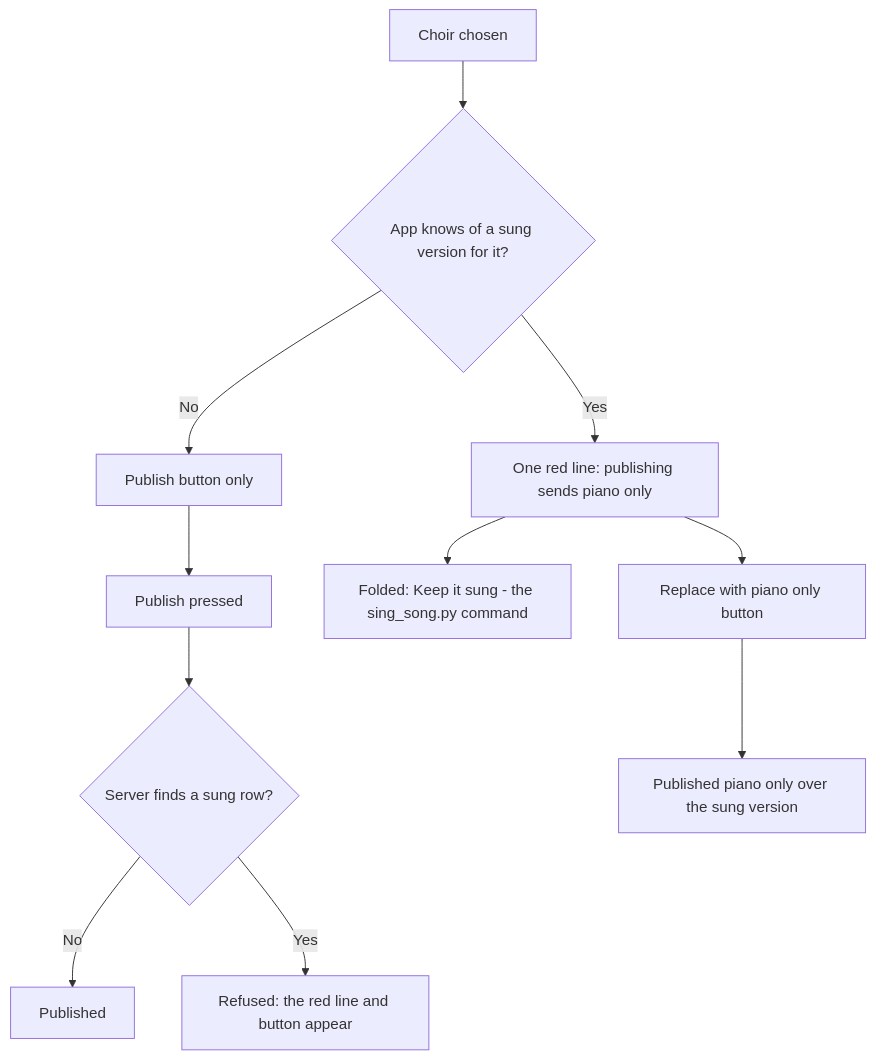
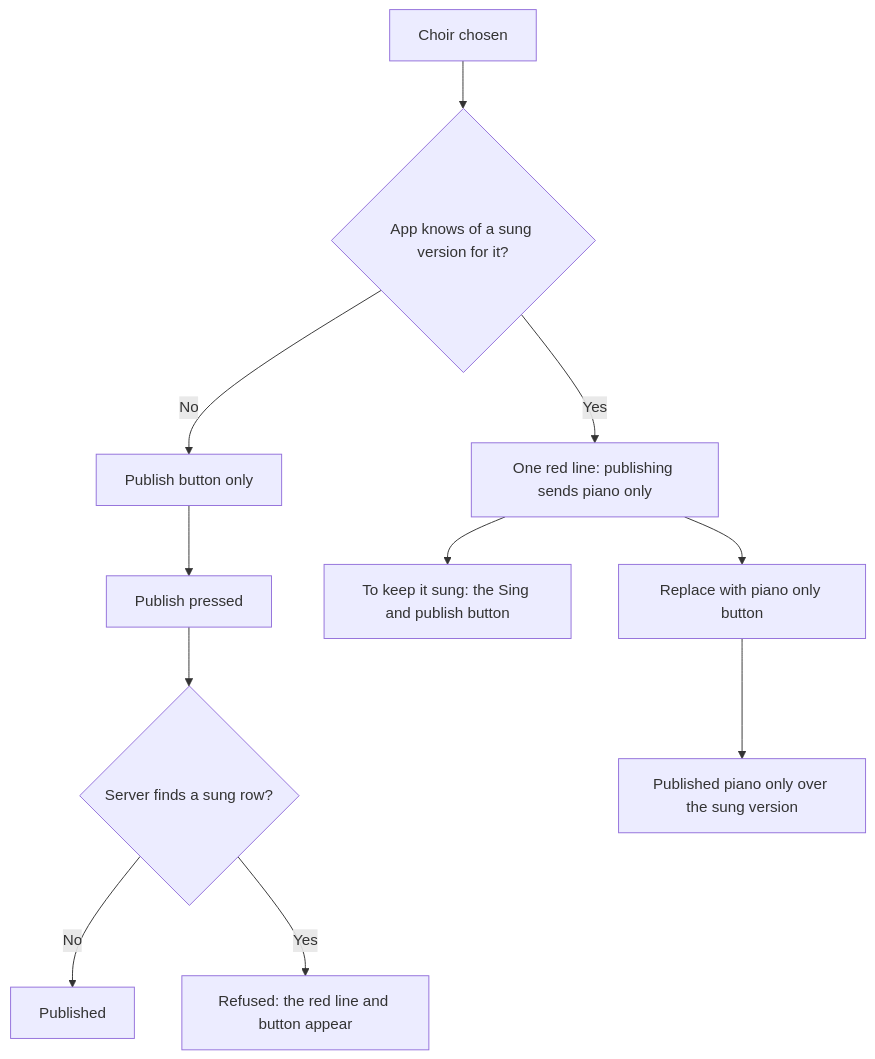
Before and after one commit to eerovil/musescore-choir-plugins: the diagram in docs/diagrams/publish-panel-sung-version.md, drawn with Mermaid. The commit also changed other lines of this file and 10 other files, not shown here.

First line of the commit message:
Sing from the app: Sing and publish on the Publish panel, Try a phrase in Pronunciation (#510)

````diff
--- a/docs/diagrams/publish-panel-sung-version.md
+++ b/docs/diagrams/publish-panel-sung-version.md
@@ -7,17 +7,17 @@
 ```mermaid
 flowchart TD
     pick[Choir chosen] --> sung{App knows of a sung version for it?}
     sung -- No --> plain[Publish button only]
     sung -- Yes --> line[One red line: publishing sends piano only]
     line --> replace[Replace with piano only button]
-    line --> keep[Folded: Keep it sung - the sing_song.py command]
+    line --> keep[To keep it sung: the Sing and publish button]
     plain --> press[Publish pressed]
     press --> server{Server finds a sung row?}
     server -- No --> done[Published]
     server -- Yes --> refused[Refused: the red line and button appear]
     replace --> pianoonly[Published piano only over the sung version]
 
     class line,keep,refused amber
     class replace,pianoonly rose
     class pick,plain,press,done blue
 ```
````
